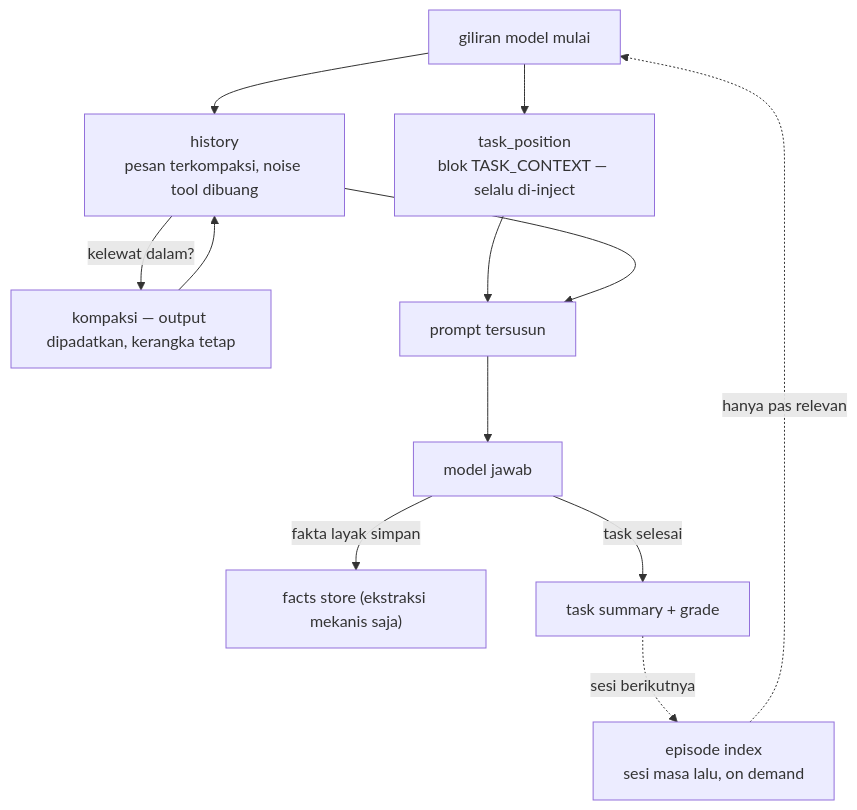
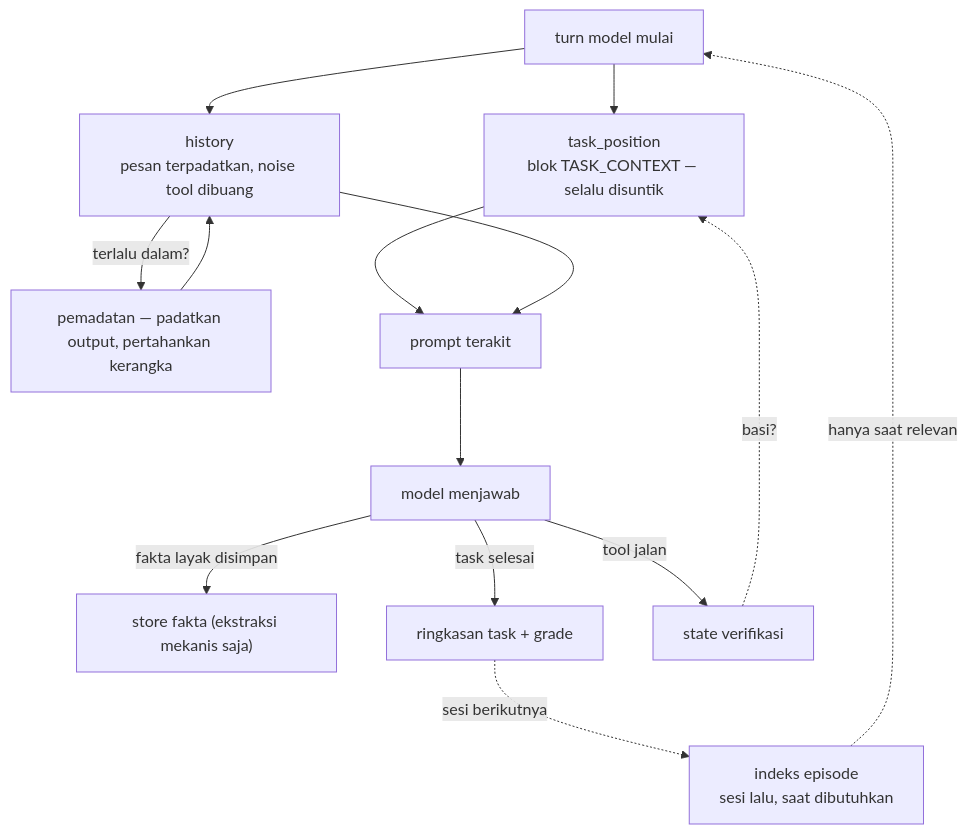
The diagram in id/architecture/memory.md (engrix/engrix-agent-docs), drawn with Mermaid before and after one commit. The commit also changed other lines of this file and 25 other files, not shown here.

````diff
--- a/id/architecture/memory.md
+++ b/id/architecture/memory.md
@@ -26,18 +27,20 @@
 ```mermaid
 flowchart TD
-    TURN["giliran model mulai"]
-    TASK["task_position<br/>blok TASK_CONTEXT — selalu di-inject"]
-    HIST["history<br/>pesan terkompaksi, noise tool dibuang"]
-    EP["episode index<br/>sesi masa lalu, on demand"]
+    TURN["turn model mulai"]
+    TASK["task_position<br/>blok TASK_CONTEXT — selalu disuntik"]
+    HIST["history<br/>pesan terpadatkan, noise tool dibuang"]
+    EP["indeks episode<br/>sesi lalu, saat dibutuhkan"]
     TURN --> TASK
     TURN --> HIST
-    HIST -->|kelewat dalam?| COMP["kompaksi — output dipadatkan, kerangka tetap"]
+    HIST -->|"terlalu dalam?"| COMP["pemadatan — padatkan output, pertahankan kerangka"]
     COMP --> HIST
-    EP -.->|hanya pas relevan| TURN
-    TASK --> PROMPT["prompt tersusun"]
+    EP -.->|"hanya saat relevan"| TURN
+    TASK --> PROMPT["prompt terakit"]
     HIST --> PROMPT
-    PROMPT --> OUT["model jawab"]
-    OUT -->|fakta layak simpan| FACT["facts store (ekstraksi mekanis saja)"]
-    OUT -->|task selesai| SUM["task summary + grade"]
-    SUM -.->|sesi berikutnya| EP
+    PROMPT --> OUT["model menjawab"]
+    OUT -->|"fakta layak disimpan"| FACT["store fakta (ekstraksi mekanis saja)"]
+    OUT -->|"task selesai"| SUM["ringkasan task + grade"]
+    OUT -->|"tool jalan"| VER["state verifikasi"]
+    VER -.->|"basi?"| TASK
+    SUM -.->|"sesi berikutnya"| EP
 ```
````
